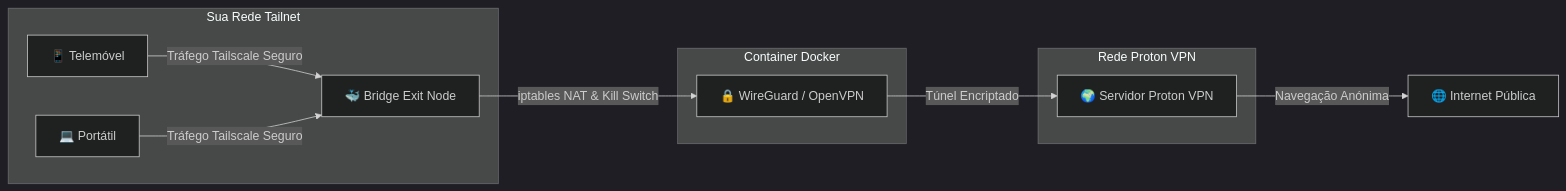
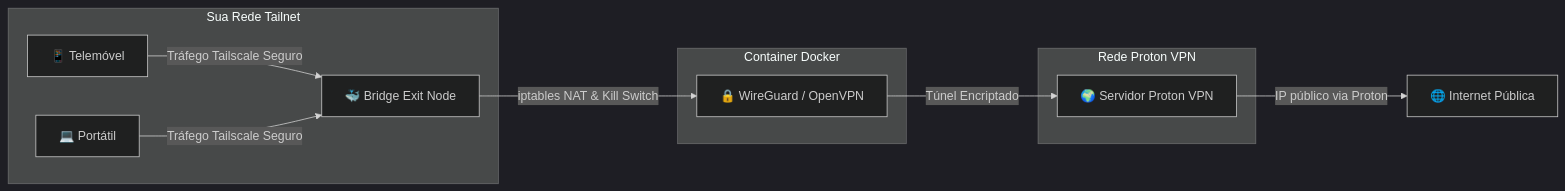
The diagram in README.pt.md (Alexandre1116/tailscale-proton-bridge), drawn with Mermaid (dark theme) before and after one commit. The commit also changed other lines of this file and 23 other files, not shown here.

````diff
--- a/README.pt.md
+++ b/README.pt.md
@@ -15,17 +15,17 @@
 ```mermaid
 graph LR
     subgraph Tailnet ["Sua Rede Tailnet"]
         A[📱 Telemóvel] -->|Tráfego Tailscale Seguro| C[🐳 Bridge Exit Node]
         B[💻 Portátil] -->|Tráfego Tailscale Seguro| C
     end
 
     subgraph DockerBridge ["Container Docker"]
         C -->|iptables NAT & Kill Switch| D[🔒 WireGuard / OpenVPN]
     end
 
     subgraph ProtonNetwork ["Rede Proton VPN"]
         D -->|Túnel Encriptado| E[🌍 Servidor Proton VPN]
     end
 
-    E -->|Navegação Anónima| F[🌐 Internet Pública]
+    E -->|IP público via Proton| F[🌐 Internet Pública]
 ```
````
